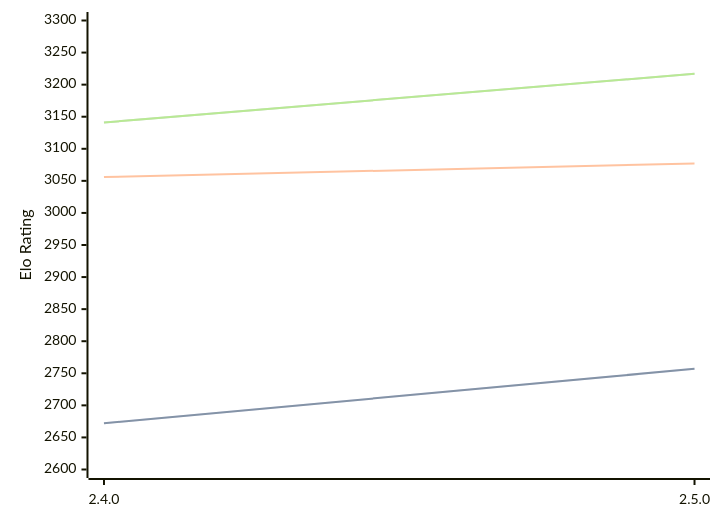
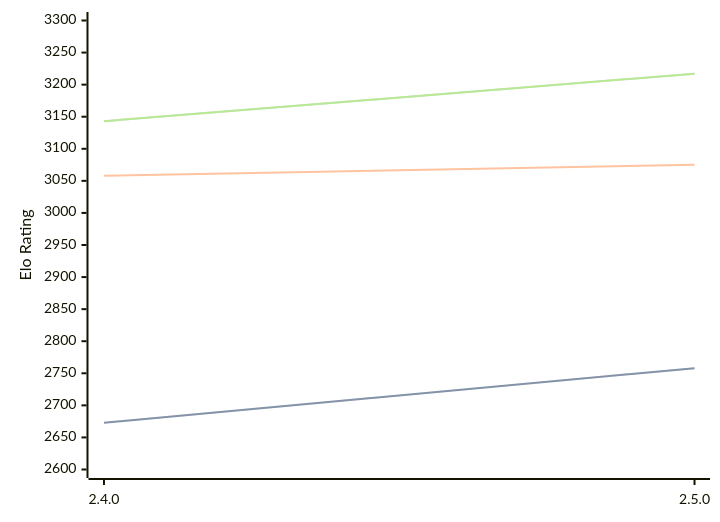
Before and after one commit to computer-chess-index/cci: the diagram in engines/Sturddle2.md, drawn with Mermaid. The commit also changed other lines of this file, not shown here.

Commit message:
Update CCI Ratings (ELO VLTC) - 2026-05-16

````diff
--- a/engines/Sturddle2.md
+++ b/engines/Sturddle2.md
@@ -37,11 +37,11 @@
 ```mermaid
 %%{init: {"theme":"base","themeVariables":{"seriesColors:['#a3a3a3','#222221','#faa371']}}}%%
 xychart-beta
   x-axis ["2.4.0", "2.5.0"]
   y-axis "Elo Rating" 2600 --> 3300
-  line "STC (8.0+0.08s)" [2672, 2757]
-  line "STC (8.0+0.08s)" [2672, 2757]
-  line "LTC (60.0+0.60s)" [3056, 3077]
-  line "VLTC (2m24s+1.12s)" [3141, 3217]
-  line "VLTC (2m24s+1.12s)" [3141, 3217]
+  line "STC (8.0+0.08s)" [2673, 2758]
+  line "STC (8.0+0.08s)" [2673, 2758]
+  line "LTC (60.0+0.60s)" [3058, 3075]
+  line "VLTC (2m24s+1.12s)" [3143, 3217]
+  line "VLTC (2m24s+1.12s)" [3143, 3217]
 ```
````
